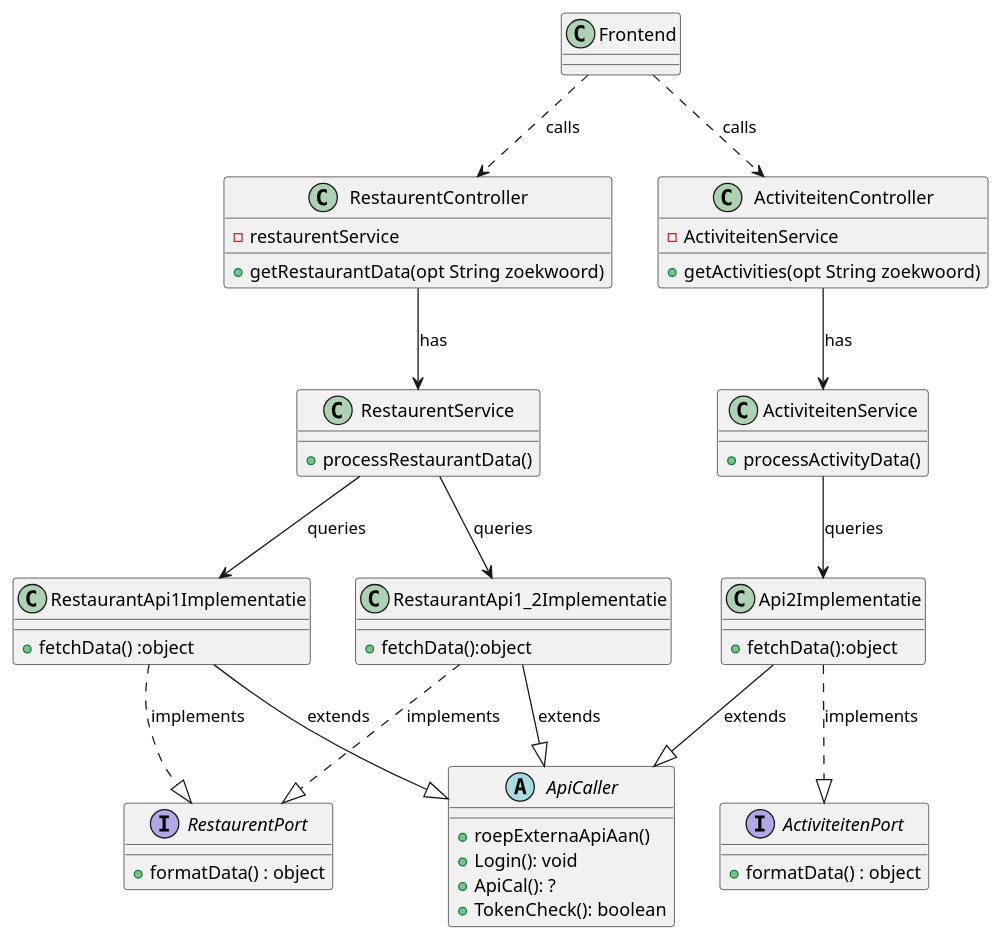
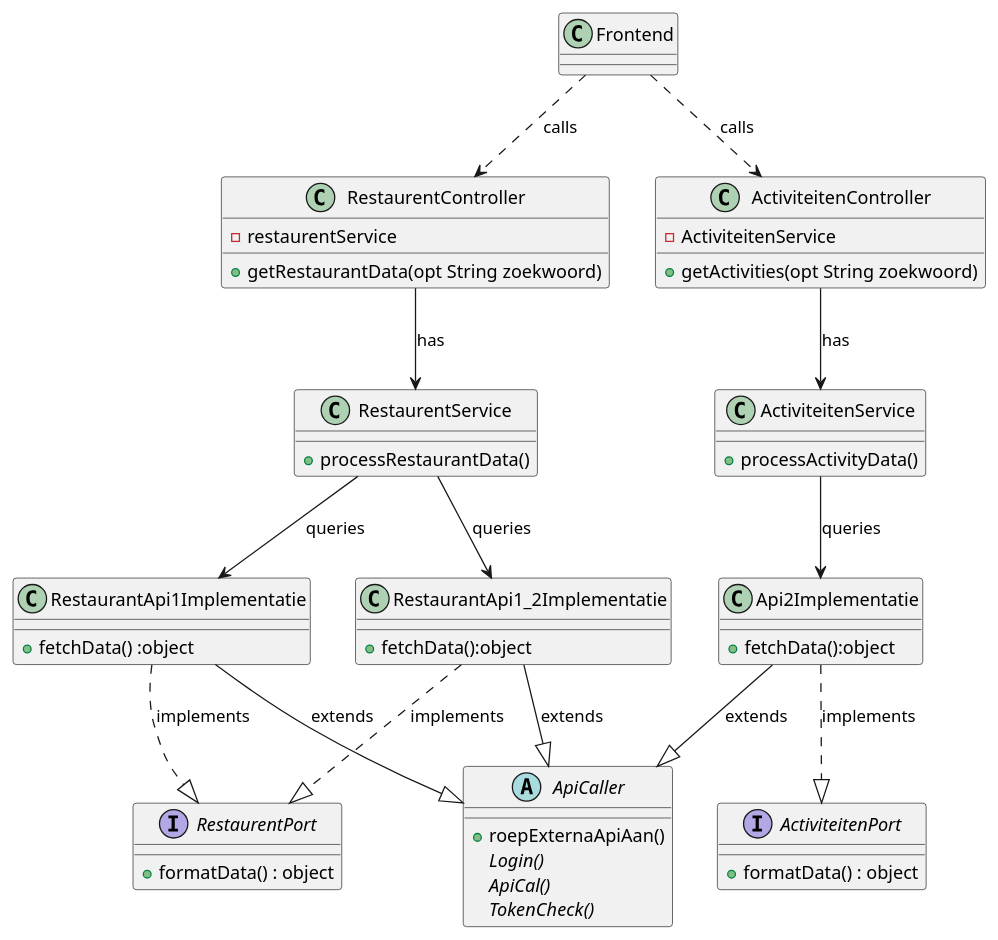
Before and after one commit to AIM-ENE-feb25/triptop-jrn: the diagram in HuiswerkRob/huiswerk2-3/classDiagram.puml, drawn with PlantUML. The commit also changed 1 other file, not shown here.

```diff
--- a/HuiswerkRob/huiswerk2-3/classDiagram.puml
+++ b/HuiswerkRob/huiswerk2-3/classDiagram.puml
@@ -1,66 +1,66 @@
 @startuml
 
 abstract class ApiCaller {
-  + roepExternaApiAan()
-  + Login(): void
-  + ApiCal(): ?
-  + TokenCheck(): boolean
+    + roepExternaApiAan()
+    Login() {abstract}
+    ApiCal() {abstract}
+    TokenCheck() {abstract}
 }
 
 interface RestaurentPort {
   + formatData() : object
 }
 
 interface ActiviteitenPort {
   + formatData() : object
 }
 
 class RestaurentController {
   - restaurentService
   + getRestaurantData(opt String zoekwoord)
 }
 
 class ActiviteitenController {
   - ActiviteitenService
   + getActivities(opt String zoekwoord)
 }
 
 class RestaurentService {
   + processRestaurantData()
 }
 
 class ActiviteitenService {
   + processActivityData()
 }
 
 class RestaurantApi1Implementatie {
   + fetchData() :object
 }
 
 class RestaurantApi1_2Implementatie {
   + fetchData():object
 }
 
 class Api2Implementatie {
   + fetchData():object
 }
 
 Frontend ..> RestaurentController : "calls"
 Frontend ..> ActiviteitenController : "calls"
 
 RestaurentController --> RestaurentService : "has"
 ActiviteitenController --> ActiviteitenService : "has"
 
 RestaurentService --> RestaurantApi1Implementatie : "queries"
 RestaurentService --> RestaurantApi1_2Implementatie : "queries"
 ActiviteitenService --> Api2Implementatie : "queries"
 
 RestaurantApi1Implementatie ..|> RestaurentPort : "implements"
 RestaurantApi1_2Implementatie ..|> RestaurentPort : "implements"
 Api2Implementatie ..|> ActiviteitenPort : "implements"
 
 RestaurantApi1Implementatie --|> ApiCaller : "extends"
 RestaurantApi1_2Implementatie --|> ApiCaller : "extends"
 Api2Implementatie --|> ApiCaller : "extends"
 
 @enduml
```
